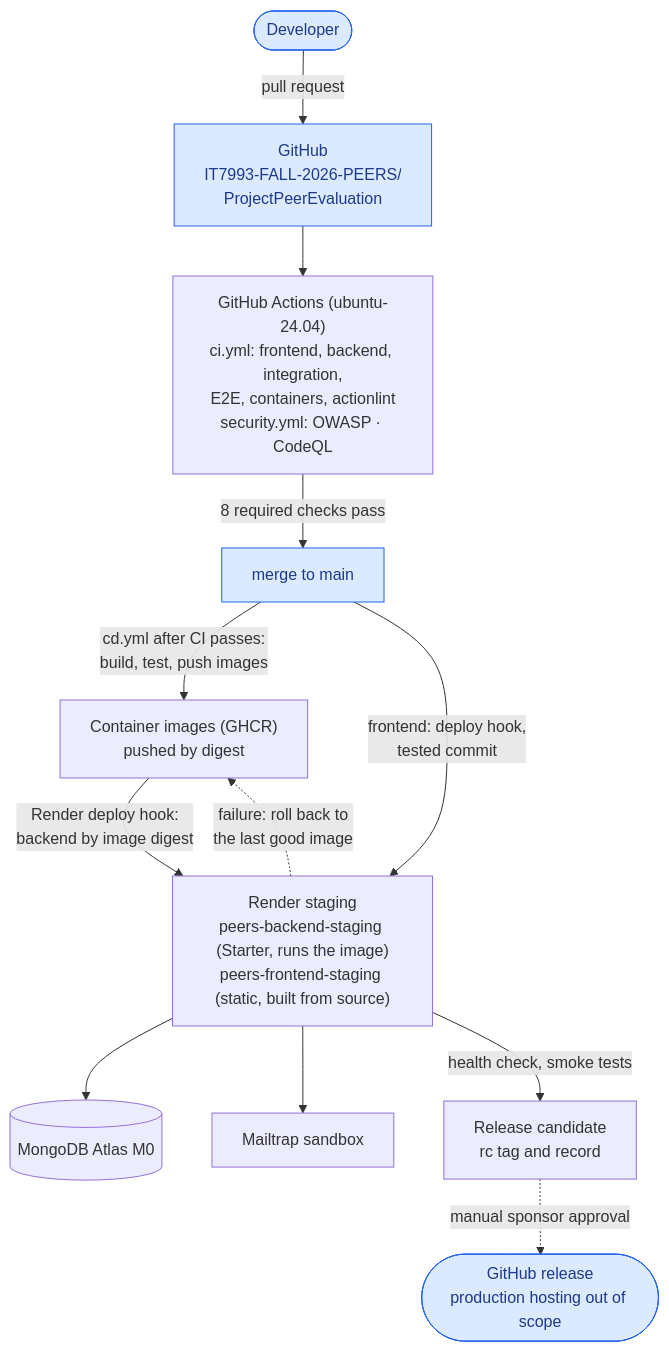
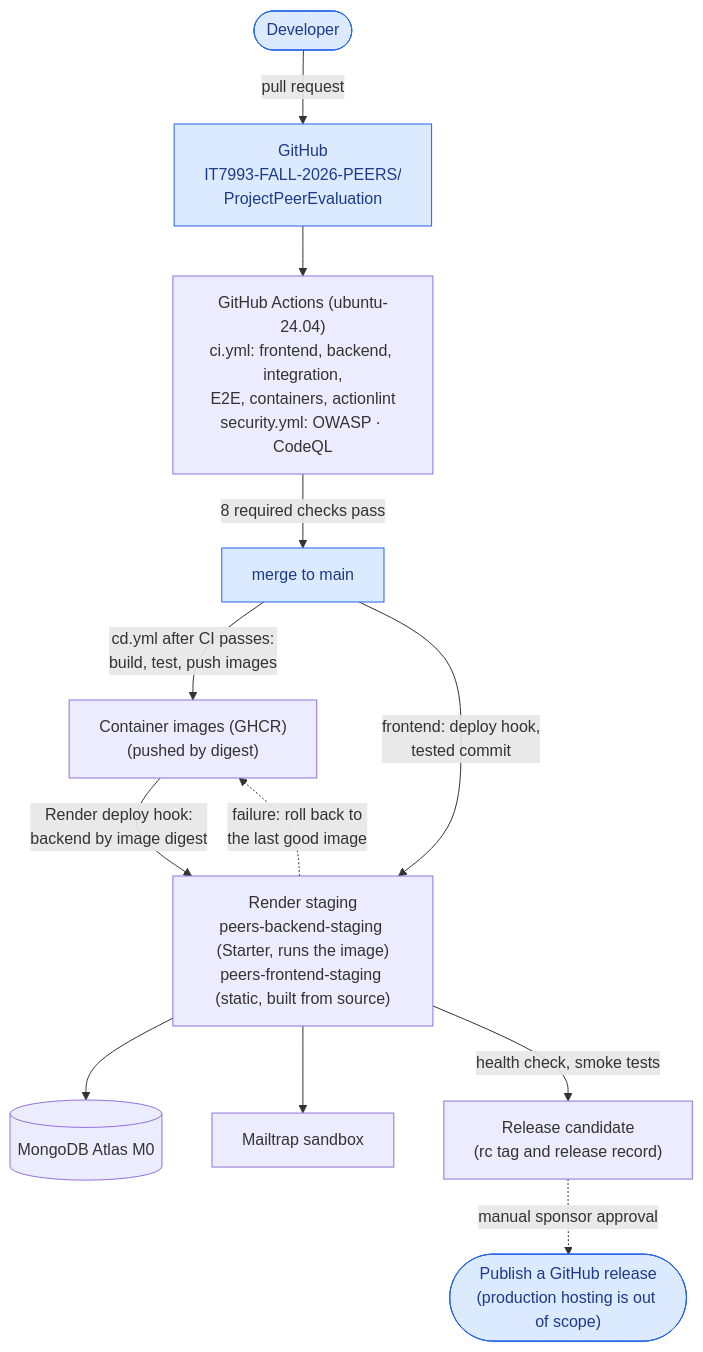
The fifth of 5 diagrams in docs/architecture/system-architecture.md (IT7993-FALL-2026-PEERS/ProjectPeerEvaluation), drawn with Mermaid before and after one commit. The commit also changed 1 other file, not shown here.

Commit message:
Make the pipeline diagram labels read as a title plus a note
Two-line labels such as 'GitHub release / production hosting out of scope'
ran together when rendered. The detail now sits in parentheses, and the
manual approval box says who approves instead of 'for production', because
there is no production service. Docs only.

````diff
--- a/docs/architecture/system-architecture.md
+++ b/docs/architecture/system-architecture.md
@@ -230,17 +230,17 @@
 ```mermaid
 flowchart TB
     DEV(["Developer"]) -->|pull request| GH["GitHub<br/>IT7993-FALL-2026-PEERS/<br/>ProjectPeerEvaluation"]
     GH --> CI["GitHub Actions (ubuntu-24.04)<br/>ci.yml: frontend, backend, integration,<br/>E2E, containers, actionlint<br/>security.yml: OWASP · CodeQL"]
     CI -->|"8 required checks pass"| MAIN["merge to main"]
-    MAIN -->|"cd.yml after CI passes:<br/>build, test, push images"| IMG["Container images (GHCR)<br/>pushed by digest"]
+    MAIN -->|"cd.yml after CI passes:<br/>build, test, push images"| IMG["Container images (GHCR)<br/>(pushed by digest)"]
     IMG -->|"Render deploy hook:<br/>backend by image digest"| STG["Render staging<br/>peers-backend-staging (Starter, runs the image)<br/>peers-frontend-staging (static, built from source)"]
     MAIN -->|"frontend: deploy hook,<br/>tested commit"| STG
     STG --> ATLAS[("MongoDB Atlas M0")]
     STG --> MT["Mailtrap sandbox"]
-    STG -->|"health check, smoke tests"| RC["Release candidate<br/>rc tag and record"]
+    STG -->|"health check, smoke tests"| RC["Release candidate<br/>(rc tag and release record)"]
     STG -. "failure: roll back to<br/>the last good image" .-> IMG
-    RC -. "manual sponsor approval" .-> PROD(["GitHub release<br/>production hosting out of scope"])
+    RC -. "manual sponsor approval" .-> PROD(["Publish a GitHub release<br/>(production hosting is out of scope)"])
 
     classDef ep fill:#dbeafe,stroke:#2563eb,color:#1e3a8a
     class DEV,GH,MAIN,PROD ep
 ```
````
